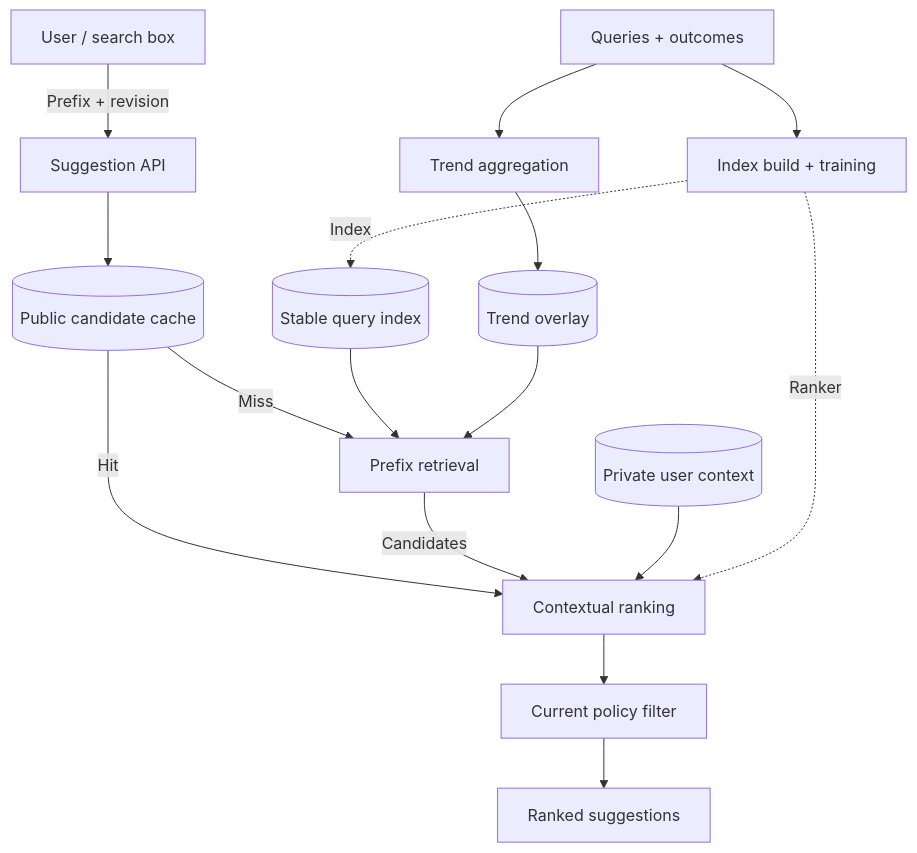
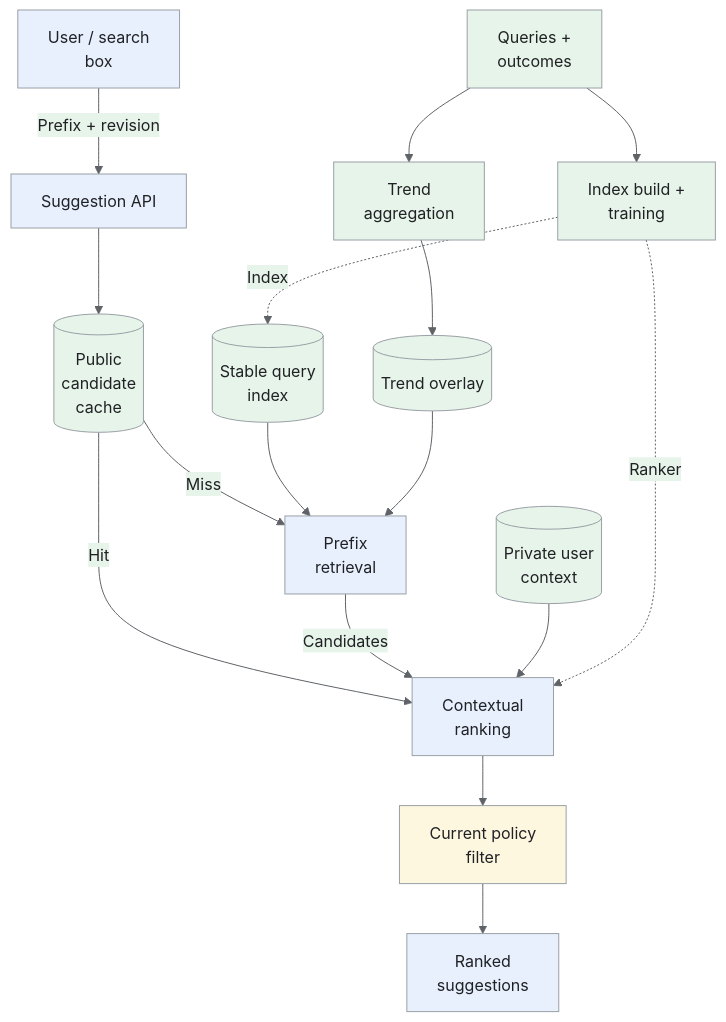
The first of 5 diagrams in _designs/autocomplete-query-suggestion.md (iliazlobin/iliazlobin.github.io), drawn with Mermaid before and after one commit. The commit also changed other lines of this file and 131 other files, not shown here.

````diff
--- a/_designs/autocomplete-query-suggestion.md
+++ b/_designs/autocomplete-query-suggestion.md
@@ -132,18 +132,26 @@
 ```mermaid
+%%{init: {'theme':'base','themeVariables':{'primaryColor':'#e8f0fe','primaryTextColor':'#202124','primaryBorderColor':'#9aa0a6','lineColor':'#5f6368','secondaryColor':'#e6f4ea','tertiaryColor':'#fef7e0','actorBkg':'#e8f0fe','actorBorder':'#9aa0a6','actorTextColor':'#202124','noteBkgColor':'#fef7e0','noteTextColor':'#202124','noteBorderColor':'#9aa0a6','signalColor':'#5f6368','signalTextColor':'#202124','labelBoxBkgColor':'#fef7e0','labelBoxBorderColor':'#9aa0a6'}}}%%
 flowchart TB
-  U["User / search box"] -->|"Prefix + revision"| API["Suggestion API"]
-  API --> CACHE[("Public candidate cache")]
-  CACHE -->|"Miss"| RET["Prefix retrieval"]
-  IDX[("Stable query index")] --> RET
+  U["User / search<br>box"] -->|"Prefix + revision"| API["Suggestion API"]
+  API --> CACHE[("Public<br>candidate<br>cache")]
+  CACHE -->|"Miss"| RET["Prefix<br>retrieval"]
+  IDX[("Stable query<br>index")] --> RET
   TREND[("Trend overlay")] --> RET
-  CACHE -->|"Hit"| RANK["Contextual ranking"]
+  CACHE -->|"Hit"| RANK["Contextual<br>ranking"]
   RET -->|"Candidates"| RANK
-  CONTEXT[("Private user context")] --> RANK
-  RANK --> POLICY["Current policy filter"]
-  POLICY --> RESULT["Ranked suggestions"]
-  EVENTS["Queries + outcomes"] --> AGG["Trend aggregation"]
+  CONTEXT[("Private user<br>context")] --> RANK
+  RANK --> POLICY["Current policy<br>filter"]
+  POLICY --> RESULT["Ranked<br>suggestions"]
+  EVENTS["Queries +<br>outcomes"] --> AGG["Trend<br>aggregation"]
   AGG --> TREND
-  EVENTS --> BUILD["Index build + training"]
+  EVENTS --> BUILD["Index build +<br>training"]
   BUILD -.->|"Index"| IDX
   BUILD -.->|"Ranker"| RANK
+classDef request fill:#e8f0fe,stroke:#9aa0a6,color:#202124;
+classDef data fill:#e6f4ea,stroke:#9aa0a6,color:#202124;
+classDef control fill:#fef7e0,stroke:#9aa0a6,color:#202124;
+class U,API,RET,RANK,RESULT request;
+class CACHE,IDX,TREND,CONTEXT,EVENTS,AGG,BUILD data;
+class POLICY control;
+
 ```
````
